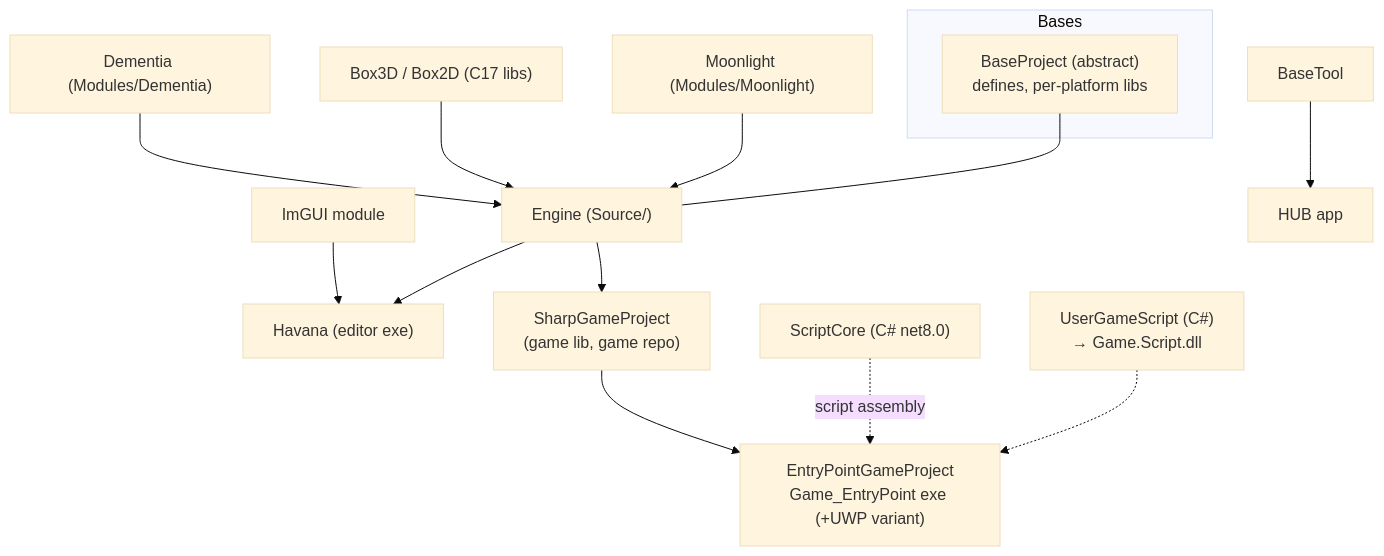
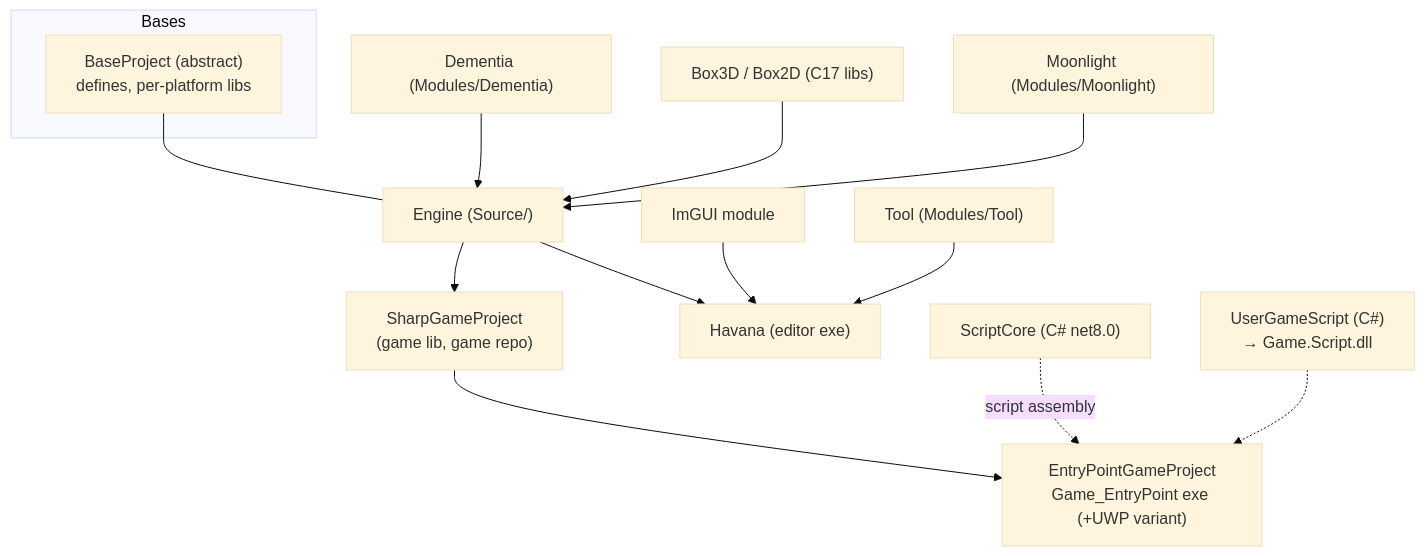
The diagram in Docs/Build-System.md (wobbier/MitchEngine), drawn with Mermaid (base theme) before and after one commit. The commit also changed other lines of this file and 62 other files, not shown here.

````diff
--- a/Docs/Build-System.md
+++ b/Docs/Build-System.md
@@ -35,17 +35,17 @@
 ```mermaid
 flowchart TD
     subgraph Bases
         BP["BaseProject (abstract)<br/>defines, per-platform libs"]
     end
     D["Dementia (Modules/Dementia)"] --> E
     BX["Box3D / Box2D (C17 libs)"] --> E
     ML["Moonlight (Modules/Moonlight)"] --> E
     IM["ImGUI module"] --> H
     E["Engine (Source/)"] --> H["Havana (editor exe)"]
     E --> GL["SharpGameProject<br/>(game lib, game repo)"]
     GL --> EP["EntryPointGameProject<br/>Game_EntryPoint exe (+UWP variant)"]
     SC["ScriptCore (C# net8.0)"] -.script assembly.-> EP
     UGS["UserGameScript (C#)<br/>→ Game.Script.dll"] -.-> EP
-    BT["BaseTool"] --> SE2["HUB app"]
+    TL["Tool (Modules/Tool)"] --> H
     BP --- E
 ```
````
